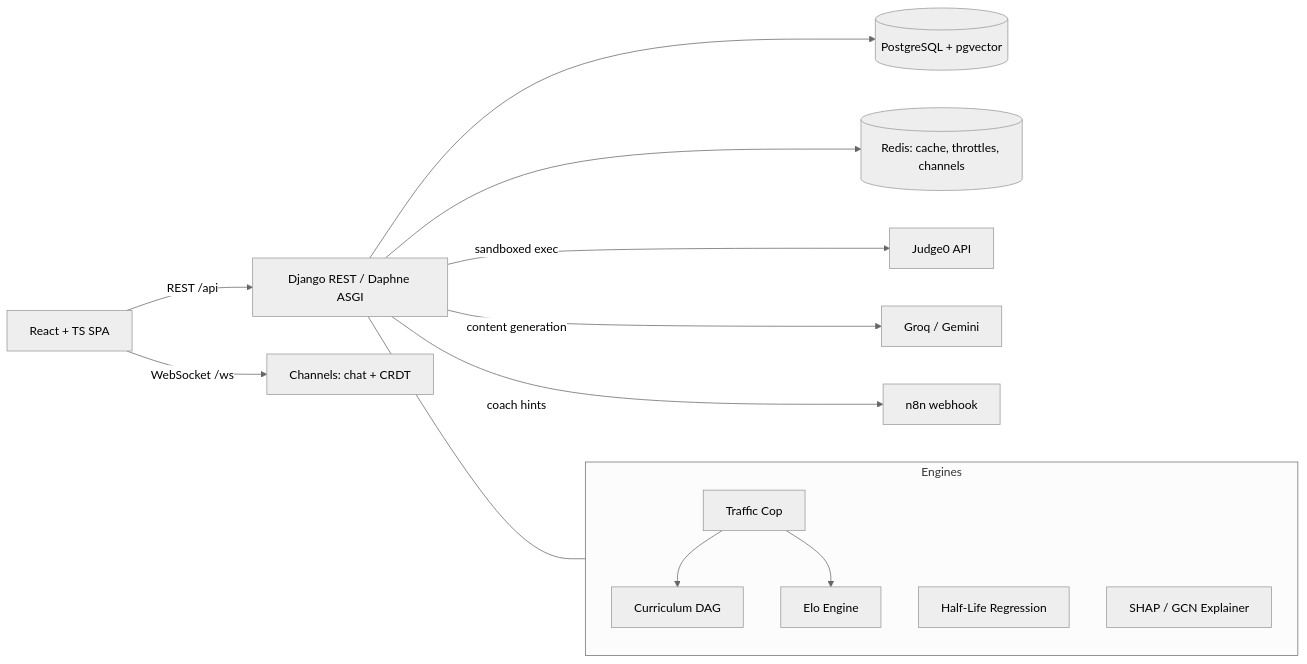
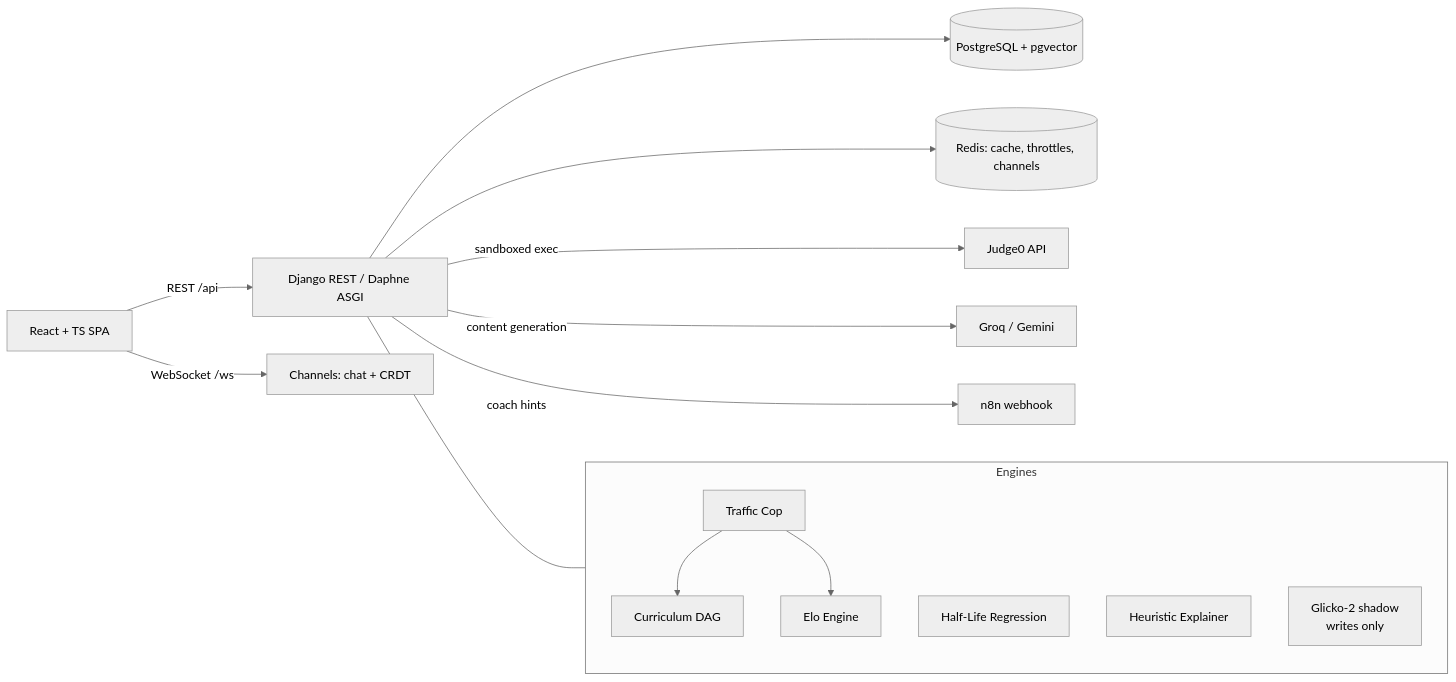
One commit to Kurapati-Sai-Suhas/SparkLM changed the first of 2 diagrams in README.md. Above: the diagram before and after it, drawn with Mermaid (neutral theme). The commit also changed other lines of this file, not shown here.

````diff
--- a/README.md
+++ b/README.md
@@ -38,17 +38,18 @@
 ```mermaid
 flowchart LR
     SPA[React + TS SPA] -->|REST /api| DRF[Django REST / Daphne ASGI]
     SPA -->|WebSocket /ws| CH[Channels: chat + CRDT]
     DRF --> PG[(PostgreSQL + pgvector)]
     DRF --> RD[(Redis: cache, throttles, channels)]
     DRF -->|sandboxed exec| J0[Judge0 API]
     DRF -->|content generation| LLM[Groq / Gemini]
     DRF -->|coach hints| N8N[n8n webhook]
     subgraph Engines
       TC[Traffic Cop] --> DAG[Curriculum DAG]
       TC --> ELO[Elo Engine]
       HLR[Half-Life Regression]
-      XAI[SHAP / GCN Explainer]
+      XAI[Heuristic Explainer]
+      GL[Glicko-2 shadow<br/>writes only]
     end
     DRF --- Engines
 ```
````
